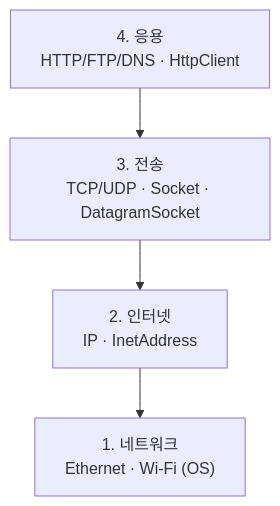
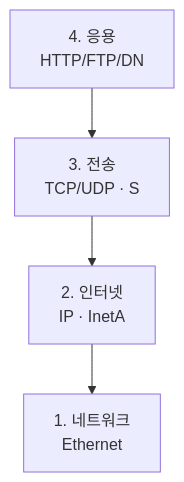
Before and after one commit to yjkim2015/yjkim2015.github.io: the first of 5 diagrams in _posts/java/2026-05-01-java-network.md, drawn with Mermaid. The commit also changed other lines of this file and 271 other files, not shown here.

First line of the commit message:
Mermaid 라벨 축소: 긴 노드 텍스트 18자 이하로 트림 + \n 제거

````diff
--- a/_posts/java/2026-05-01-java-network.md
+++ b/_posts/java/2026-05-01-java-network.md
@@ -22,6 +22,6 @@
 ```mermaid
 graph TD
-    A["4. 응용\nHTTP/FTP/DNS · HttpClient"] --> B["3. 전송\nTCP/UDP · Socket · DatagramSocket"]
-    B --> C["2. 인터넷\nIP · InetAddress"]
-    C --> D["1. 네트워크\nEthernet · Wi-Fi (OS)"]
+    A["4. 응용\nHTTP/FTP/DN"] --> B["3. 전송\nTCP/UDP · S"]
+    B --> C["2. 인터넷\nIP · InetA"]
+    C --> D["1. 네트워크\nEthernet"]
 ```
````
